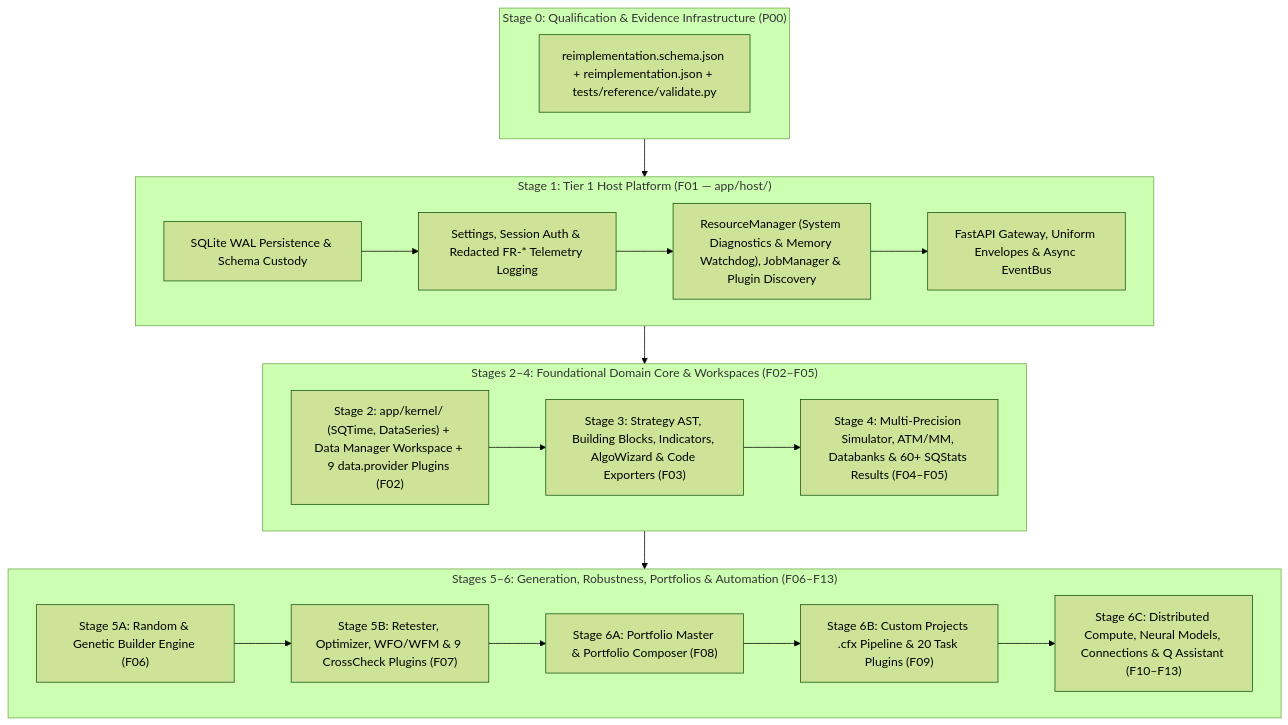
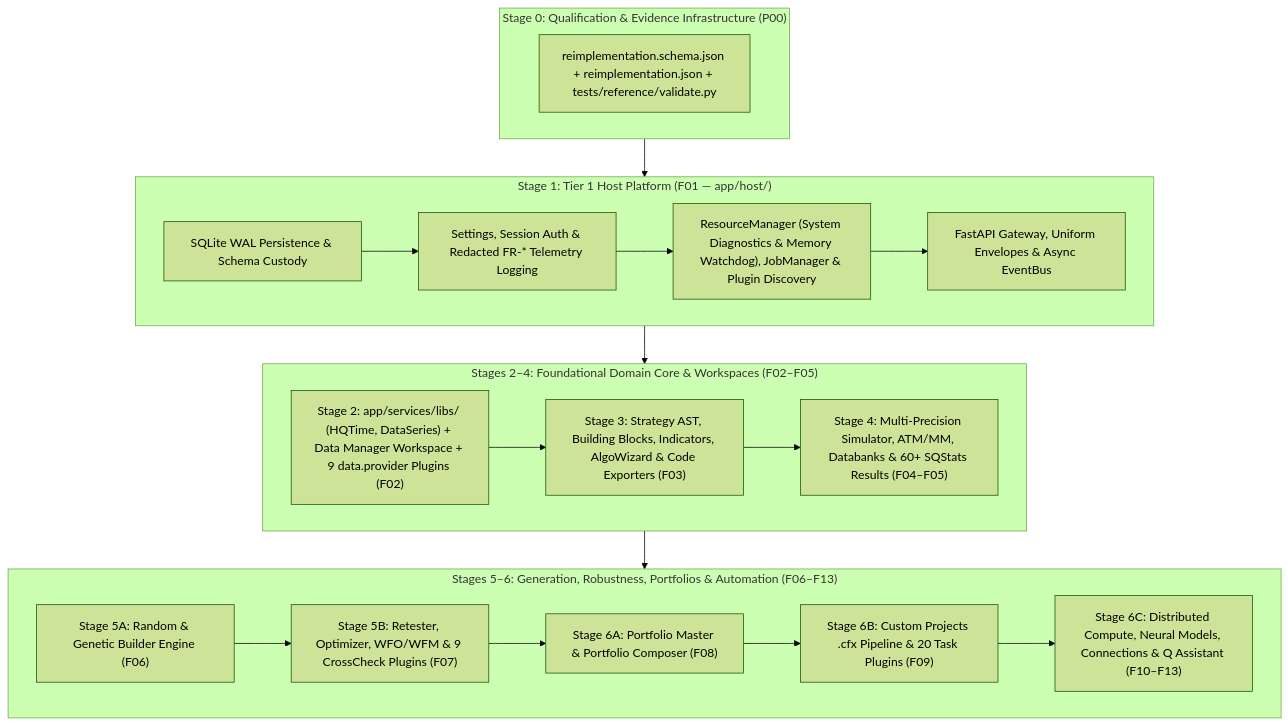
The fourth of 4 diagrams in docs/SQX/architecture-and-reimplementation.md (haruperi/HaruQuantAI), drawn with Mermaid (forest theme) before and after one commit. The commit also changed other lines of this file and 40 other files, not shown here.

First line of the commit message:
Refactor data and trading libs to be fully self sufficient

````diff
--- a/docs/SQX/architecture-and-reimplementation.md
+++ b/docs/SQX/architecture-and-reimplementation.md
@@ -365,32 +365,32 @@
 ```mermaid
 flowchart TD
     subgraph Stage0["Stage 0: Qualification & Evidence Infrastructure (P00)"]
         P00["reimplementation.schema.json + reimplementation.json + tests/reference/validate.py"]
     end
 
     subgraph Stage1["Stage 1: Tier 1 Host Platform (F01 — app/host/)"]
         H_Persist["SQLite WAL Persistence & Schema Custody"]
         H_Core["Settings, Session Auth & Redacted FR-* Telemetry Logging"]
         H_Jobs["ResourceManager (System Diagnostics & Memory Watchdog), JobManager & Plugin Discovery"]
         H_API["FastAPI Gateway, Uniform Envelopes & Async EventBus"]
         H_Persist --> H_Core --> H_Jobs --> H_API
     end
 
     subgraph Stage2_4["Stages 2–4: Foundational Domain Core & Workspaces (F02–F05)"]
-        D_Data["Stage 2: app/kernel/ (SQTime, DataSeries) + Data Manager Workspace + 9 data.provider Plugins (F02)"]
+        D_Data["Stage 2: app/services/libs/ (HQTime, DataSeries) + Data Manager Workspace + 9 data.provider Plugins (F02)"]
         D_Strat["Stage 3: Strategy AST, Building Blocks, Indicators, AlgoWizard & Code Exporters (F03)"]
         D_Sim["Stage 4: Multi-Precision Simulator, ATM/MM, Databanks & 60+ SQStats Results (F04–F05)"]
         D_Data --> D_Strat --> D_Sim
     end
 
     subgraph Stage5_6["Stages 5–6: Generation, Robustness, Portfolios & Automation (F06–F13)"]
         W_Build["Stage 5A: Random & Genetic Builder Engine (F06)"]
         W_Valid["Stage 5B: Retester, Optimizer, WFO/WFM & 9 CrossCheck Plugins (F07)"]
         W_Port["Stage 6A: Portfolio Master & Portfolio Composer (F08)"]
         W_Proj["Stage 6B: Custom Projects .cfx Pipeline & 20 Task Plugins (F09)"]
         W_Adv["Stage 6C: Distributed Compute, Neural Models, Connections & Q Assistant (F10–F13)"]
         W_Build --> W_Valid --> W_Port --> W_Proj --> W_Adv
     end
 
     Stage0 --> Stage1 --> Stage2_4 --> Stage5_6
 ```
````
